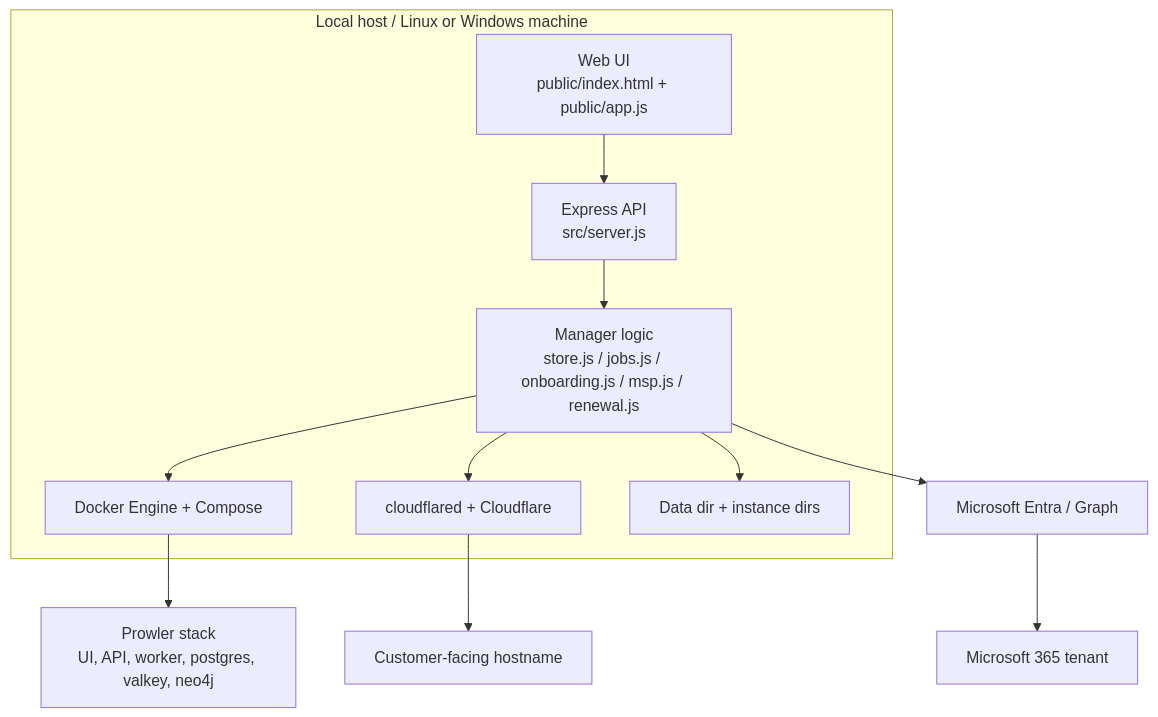
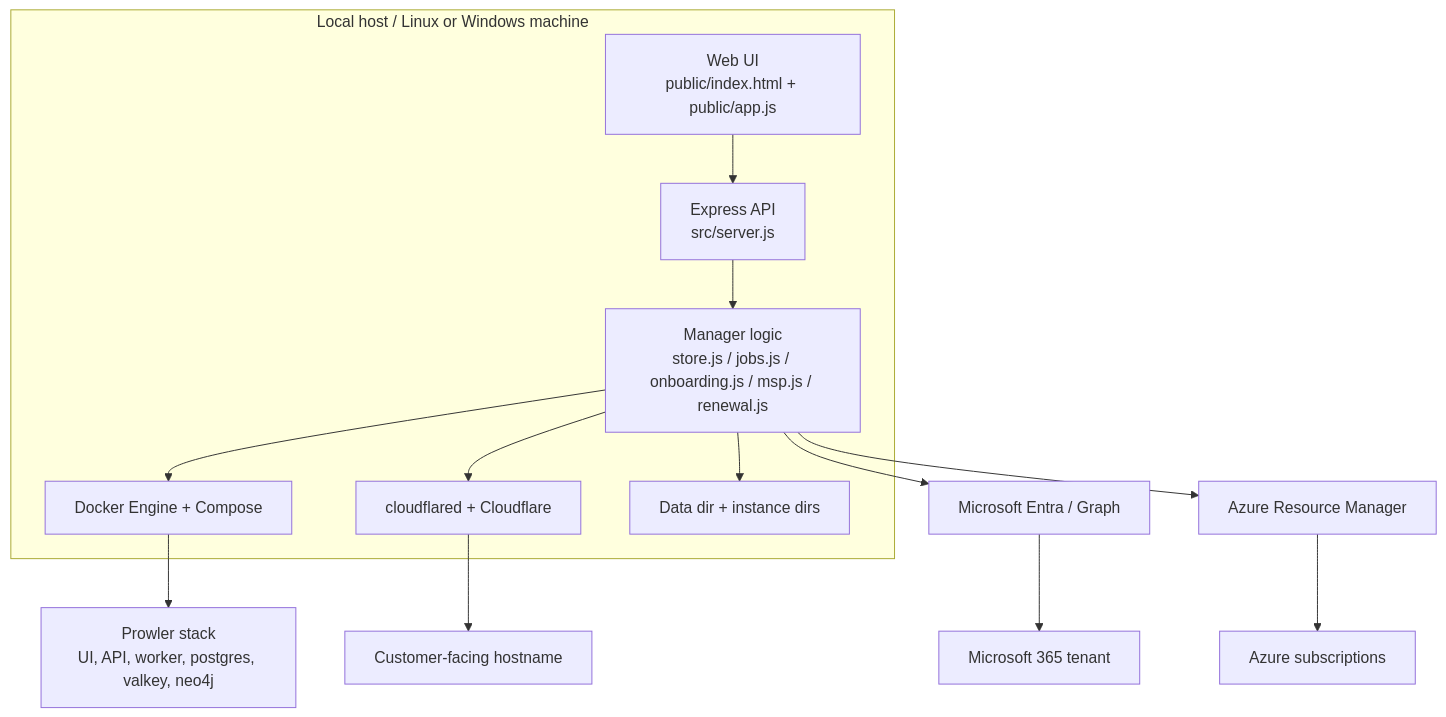
One commit to lotrasoft/prowler-manage changed the diagram in docs/architecture.md. Above: the diagram before and after it, drawn with Mermaid. The commit also changed other lines of this file and 14 other files, not shown here.

````diff
--- a/docs/architecture.md
+++ b/docs/architecture.md
@@ -13,21 +13,23 @@
 ```mermaid
 flowchart TB
     subgraph LocalHost[Local host / Linux or Windows machine]
         UI[Web UI\npublic/index.html + public/app.js]
         API[Express API\nsrc/server.js]
         Core[Manager logic\nstore.js / jobs.js / onboarding.js / msp.js / renewal.js]
         Docker[Docker Engine + Compose]
         Tunnel[cloudflared + Cloudflare]
         Data[Data dir + instance dirs]
     end
 
     UI --> API
     API --> Core
     Core --> Docker
     Core --> Data
     Core --> Tunnel
     Core --> Entra[Microsoft Entra / Graph]
     Docker --> Prowler[Prowler stack\nUI, API, worker, postgres, valkey, neo4j]
     Tunnel --> Public[Customer-facing hostname]
     Entra --> M365[Microsoft 365 tenant]
+    Core --> ARM[Azure Resource Manager]
+    ARM --> Subs[Azure subscriptions]
 ```
````
